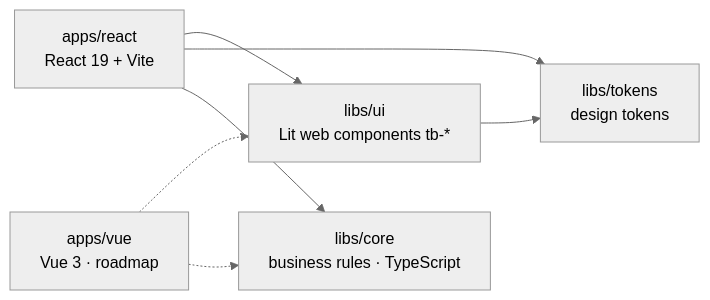
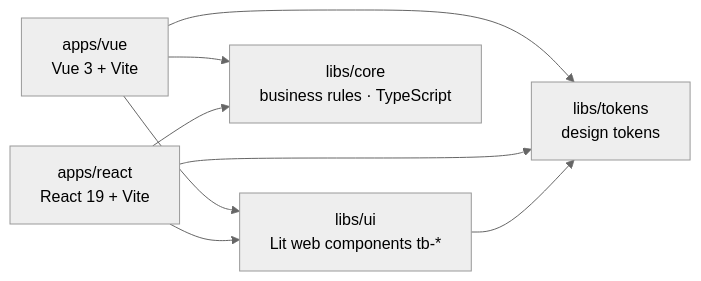
One commit to sbenitezma/tidebook changed the diagram in README.md. Above: the diagram before and after it, drawn with Mermaid (neutral theme). The commit also changed other lines of this file and 5 other files, not shown here.

````diff
--- a/README.md
+++ b/README.md
@@ -16,15 +16,16 @@
 ```mermaid
 flowchart LR
   react[apps/react<br/>React 19 + Vite]
-  vue[apps/vue<br/>Vue 3 · roadmap]
+  vue[apps/vue<br/>Vue 3 + Vite]
   ui[libs/ui<br/>Lit web components tb-*]
   tokens[libs/tokens<br/>design tokens]
   core[libs/core<br/>business rules · TypeScript]
 
   react --> ui
-  vue -.-> ui
+  vue --> ui
   ui --> tokens
   react --> tokens
+  vue --> tokens
   react --> core
-  vue -.-> core
+  vue --> core
 ```
````
